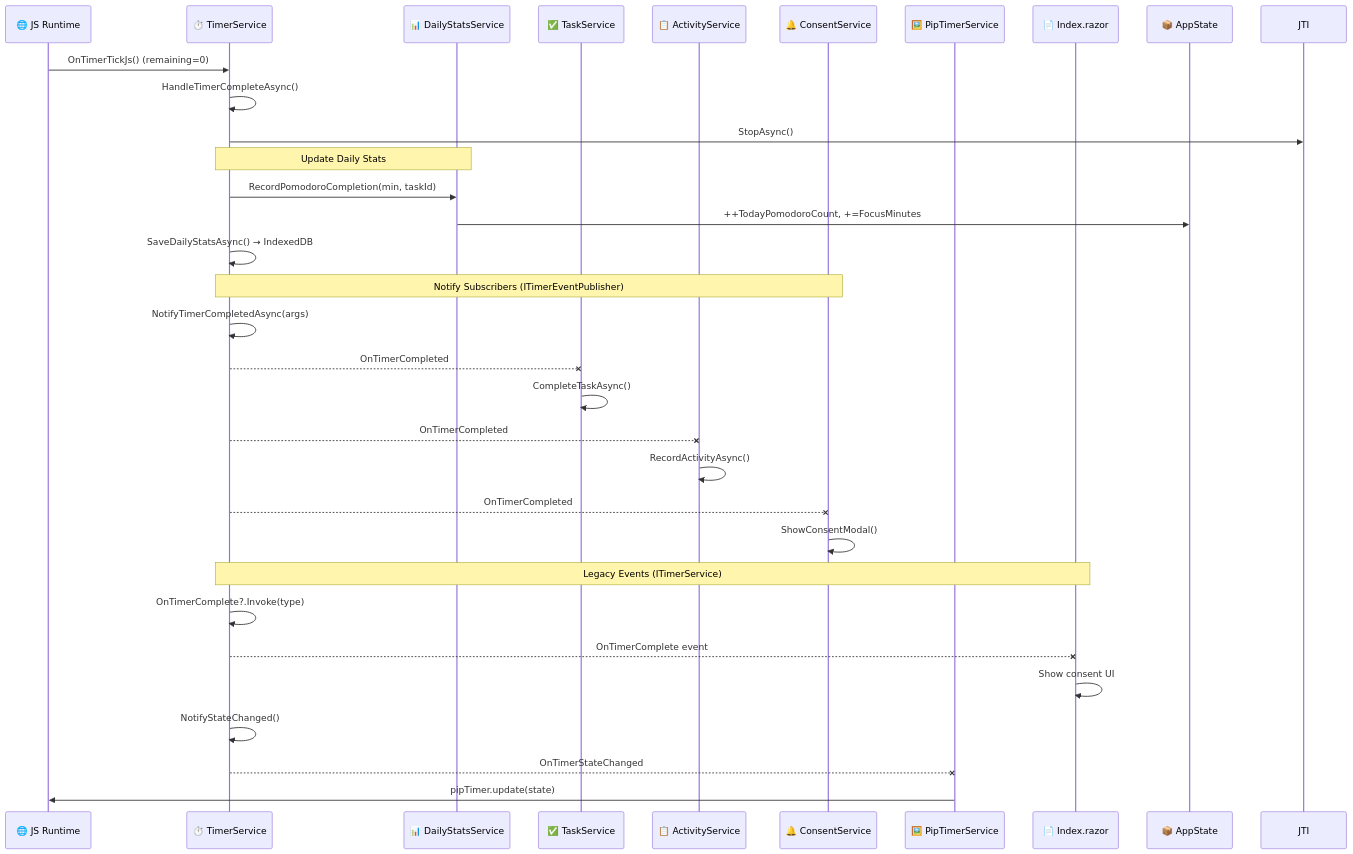
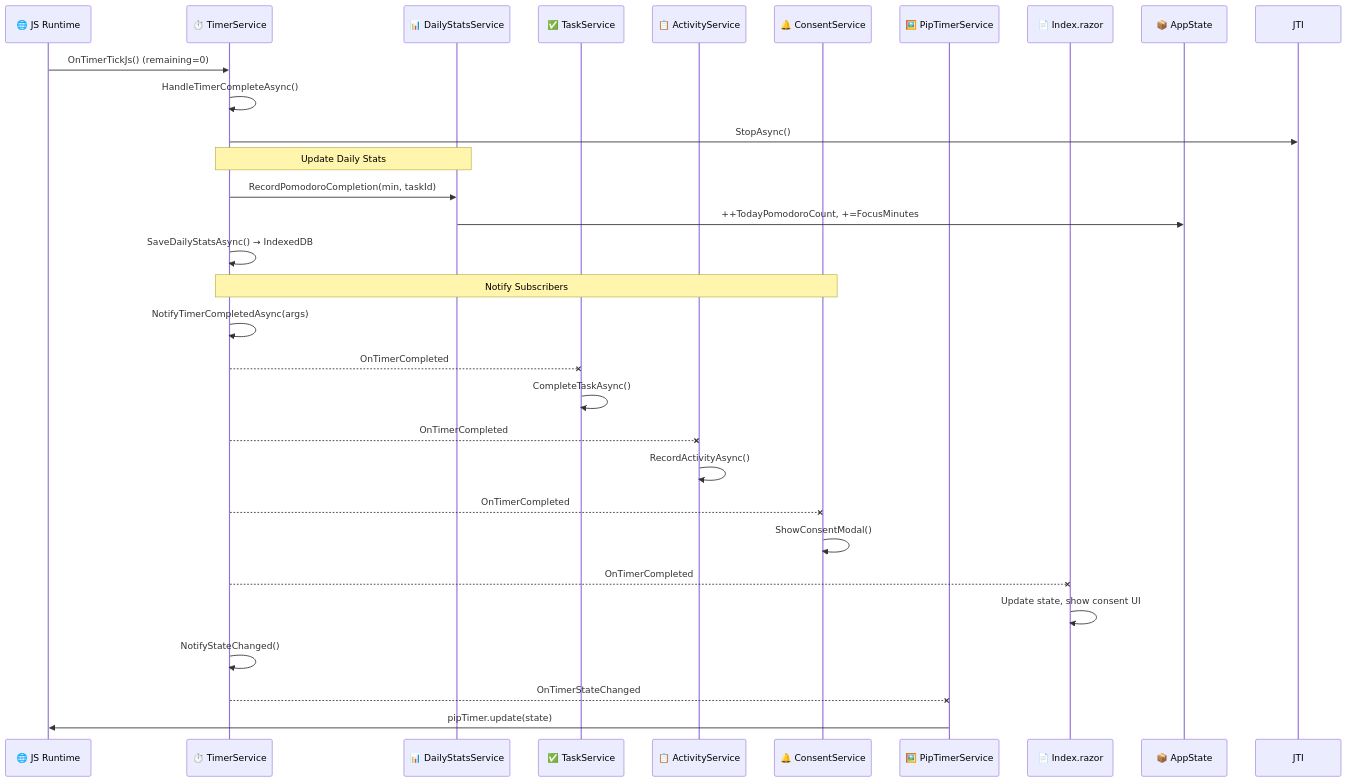
The fifth of 8 diagrams in CODEMAP.md (Nayeem170/Pomodoro), drawn with Mermaid before and after one commit. The commit also changed other lines of this file, not shown here.

Commit message:
docs: update CODEMAP.md - remove dual event system, all subscribers now use ITimerEventPublisher

````diff
--- a/CODEMAP.md
+++ b/CODEMAP.md
@@ -254,39 +250,36 @@
 ```mermaid
 sequenceDiagram
     participant JS as 🌐 JS Runtime
     participant TS as ⏱️ TimerService
     participant DSS as 📊 DailyStatsService
     participant TaskSvc as ✅ TaskService
     participant ActSvc as 📋 ActivityService
     participant Consent as 🔔 ConsentService
     participant Pip as 🖼️ PipTimerService
     participant I as 📄 Index.razor
     participant AS as 📦 AppState
 
     JS->>TS: OnTimerTickJs() (remaining=0)
     TS->>TS: HandleTimerCompleteAsync()
     TS->>JTI: StopAsync()
 
     Note over TS,DSS: Update Daily Stats
     TS->>DSS: RecordPomodoroCompletion(min, taskId)
     DSS->>AS: ++TodayPomodoroCount, +=FocusMinutes
     TS->>TS: SaveDailyStatsAsync() → IndexedDB
 
-    Note over TS,Consent: Notify Subscribers (ITimerEventPublisher)
+    Note over TS,Consent: Notify Subscribers
     TS->>TS: NotifyTimerCompletedAsync(args)
     TS--xTaskSvc: OnTimerCompleted
     TaskSvc->>TaskSvc: CompleteTaskAsync()
     TS--xActSvc: OnTimerCompleted
     ActSvc->>ActSvc: RecordActivityAsync()
     TS--xConsent: OnTimerCompleted
     Consent->>Consent: ShowConsentModal()
-
-    Note over TS,I: Legacy Events (ITimerService)
-    TS->>TS: OnTimerComplete?.Invoke(type)
-    TS--xI: OnTimerComplete event
-    I->>I: Show consent UI
+    TS--xI: OnTimerCompleted
+    I->>I: Update state, show consent UI
 
     TS->>TS: NotifyStateChanged()
     TS--xPip: OnTimerStateChanged
     Pip->>JS: pipTimer.update(state)
 ```
````
